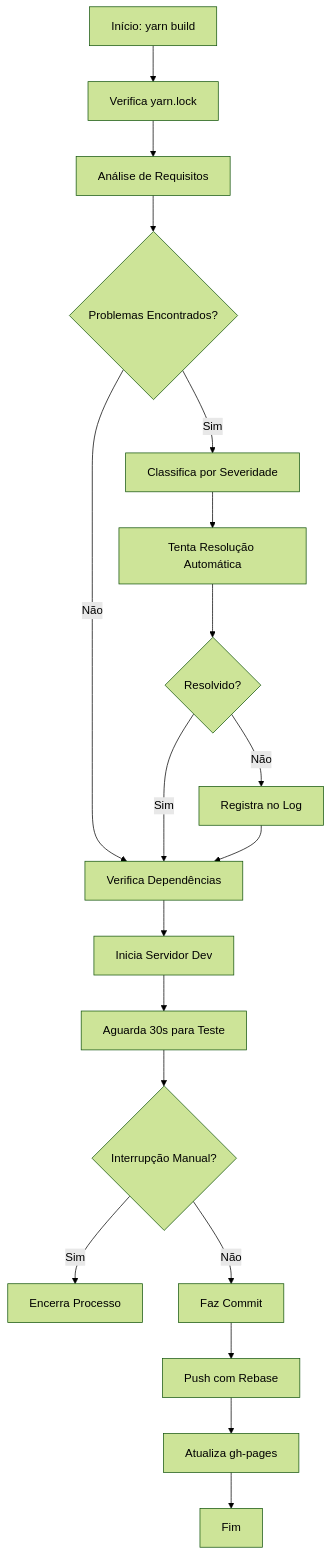
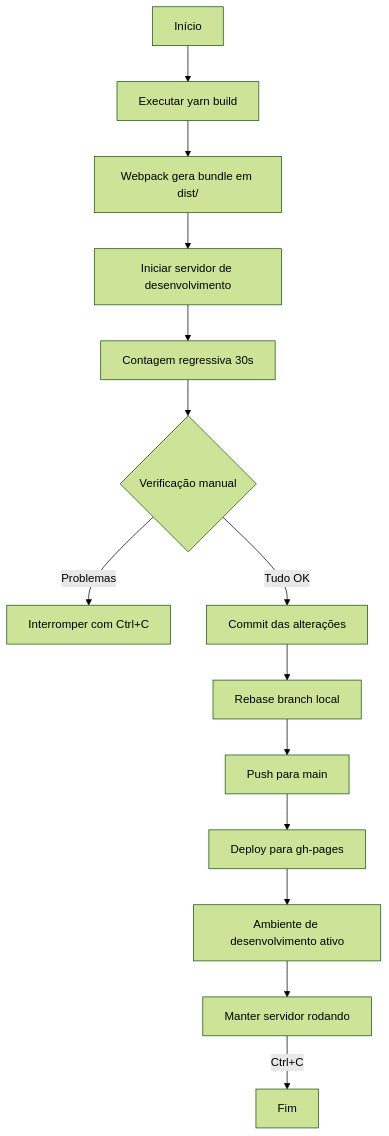
Before and after one commit to feryamaha/WHFF-enD: the diagram in README.md, drawn with Mermaid (forest theme). The commit also changed other lines of this file and 2 other files, not shown here.

Commit message:
build: novo hash/bundle gerado - bundle311ab5529a76fd9b7265.js

````diff
--- a/README.md
+++ b/README.md
@@ -238,21 +238,16 @@
 ```mermaid
 graph TD
-    A[Início: yarn build] --> B[Verifica yarn.lock]
-    B --> C[Análise de Requisitos]
-    C --> D{Problemas Encontrados?}
-    D -->|Sim| E[Classifica por Severidade]
-    D -->|Não| F[Verifica Dependências]
-    E --> G[Tenta Resolução Automática]
-    G --> H{Resolvido?}
-    H -->|Sim| F
-    H -->|Não| I[Registra no Log]
-    I --> F
-    F --> J[Inicia Servidor Dev]
-    J --> K[Aguarda 30s para Teste]
-    K --> L{Interrupção Manual?}
-    L -->|Sim| M[Encerra Processo]
-    L -->|Não| N[Faz Commit]
-    N --> O[Push com Rebase]
-    O --> P[Atualiza gh-pages]
-    P --> Q[Fim]
+    A[Início] --> B[Executar yarn build]
+    B --> C[Webpack gera bundle em dist/]
+    C --> D[Iniciar servidor de desenvolvimento]
+    D --> E[Contagem regressiva 30s]
+    E --> F{Verificação manual}
+    F -->|Problemas| G[Interromper com Ctrl+C]
+    F -->|Tudo OK| H[Commit das alterações]
+    H --> I[Rebase branch local]
+    I --> J[Push para main]
+    J --> K[Deploy para gh-pages]
+    K --> L[Ambiente de desenvolvimento ativo]
+    L --> M[Manter servidor rodando]
+    M -->|Ctrl+C| N[Fim]
 ```
````
